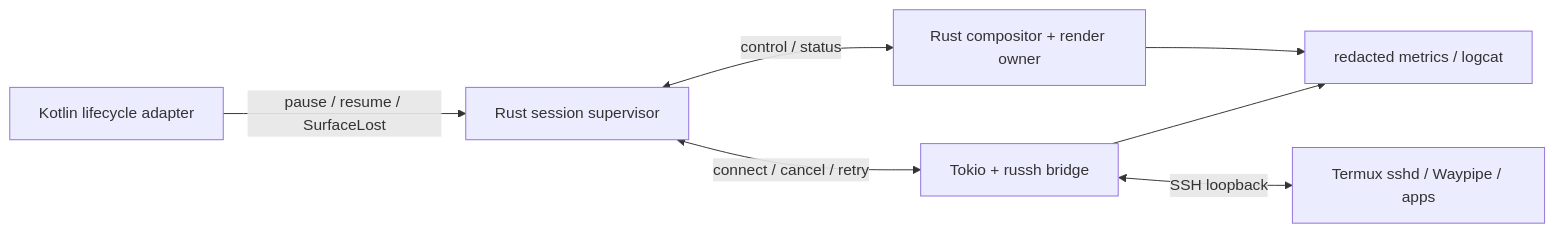
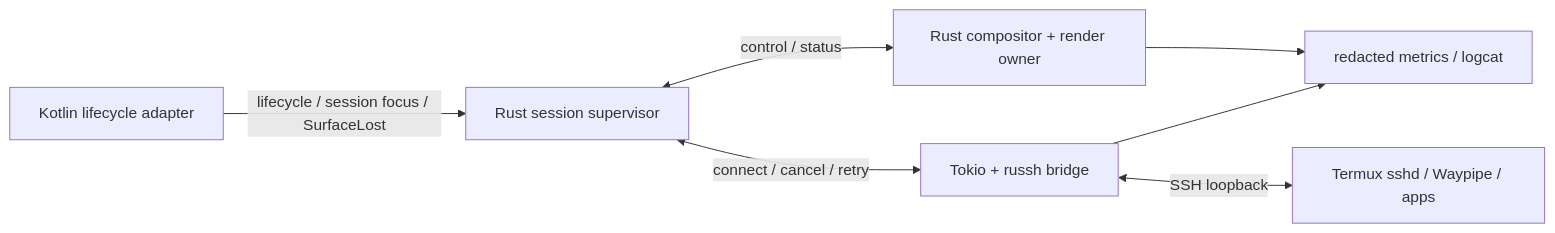
Before and after one commit to tin-machine/eidolon-wayland: the diagram in docs/phase-6-rust-lifecycle-testing.md, drawn with Mermaid. The commit also changed other lines of this file and 9 other files, not shown here.

````diff
--- a/docs/phase-6-rust-lifecycle-testing.md
+++ b/docs/phase-6-rust-lifecycle-testing.md
@@ -19,9 +19,9 @@
 ```mermaid
 flowchart LR
-  K["Kotlin lifecycle adapter"] -->|"pause / resume / SurfaceLost"| S["Rust session supervisor"]
+  K["Kotlin lifecycle adapter"] -->|"lifecycle / session focus / SurfaceLost"| S["Rust session supervisor"]
   S <-->|"control / status"| R["Rust compositor + render owner"]
   S <-->|"connect / cancel / retry"| N["Tokio + russh bridge"]
   N <-->|"SSH loopback"| T["Termux sshd / Waypipe / apps"]
   R --> M["redacted metrics / logcat"]
   N --> M
 ```
````
